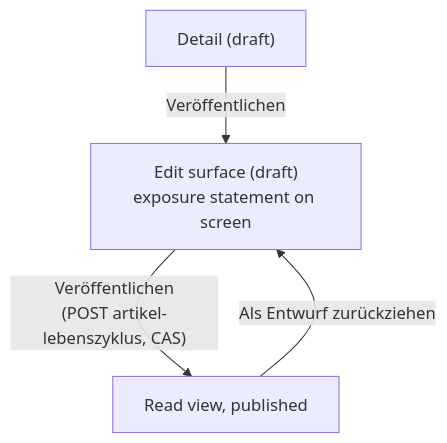
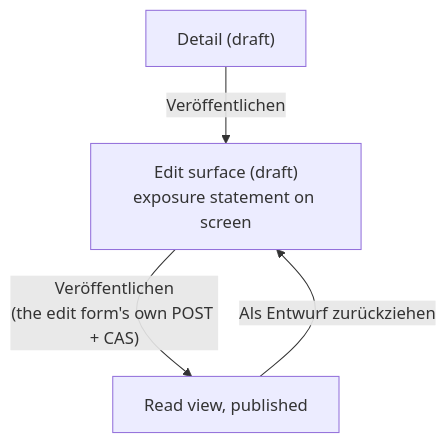
Before and after one commit to deutscher-pfadfinderbund/bundesarchiv: the third of 7 diagrams in docs/design/userflows.md, drawn with Mermaid. The commit also changed other lines of this file and 38 other files, not shown here.

````diff
--- a/docs/design/userflows.md
+++ b/docs/design/userflows.md
@@ -96,6 +96,6 @@
 ```mermaid
 flowchart TD
-    EDIT["Edit surface (draft)\nexposure statement on screen"] -->|"Veröffentlichen\n(POST artikel-lebenszyklus, CAS)"| READ["Read view, published"]
+    EDIT["Edit surface (draft)\nexposure statement on screen"] -->|"Veröffentlichen\n(the edit form's own POST + CAS)"| READ["Read view, published"]
     DET["Detail (draft)"] -->|"Veröffentlichen"| EDIT
     READ -->|"Als Entwurf zurückziehen"| EDIT
 ```
````
